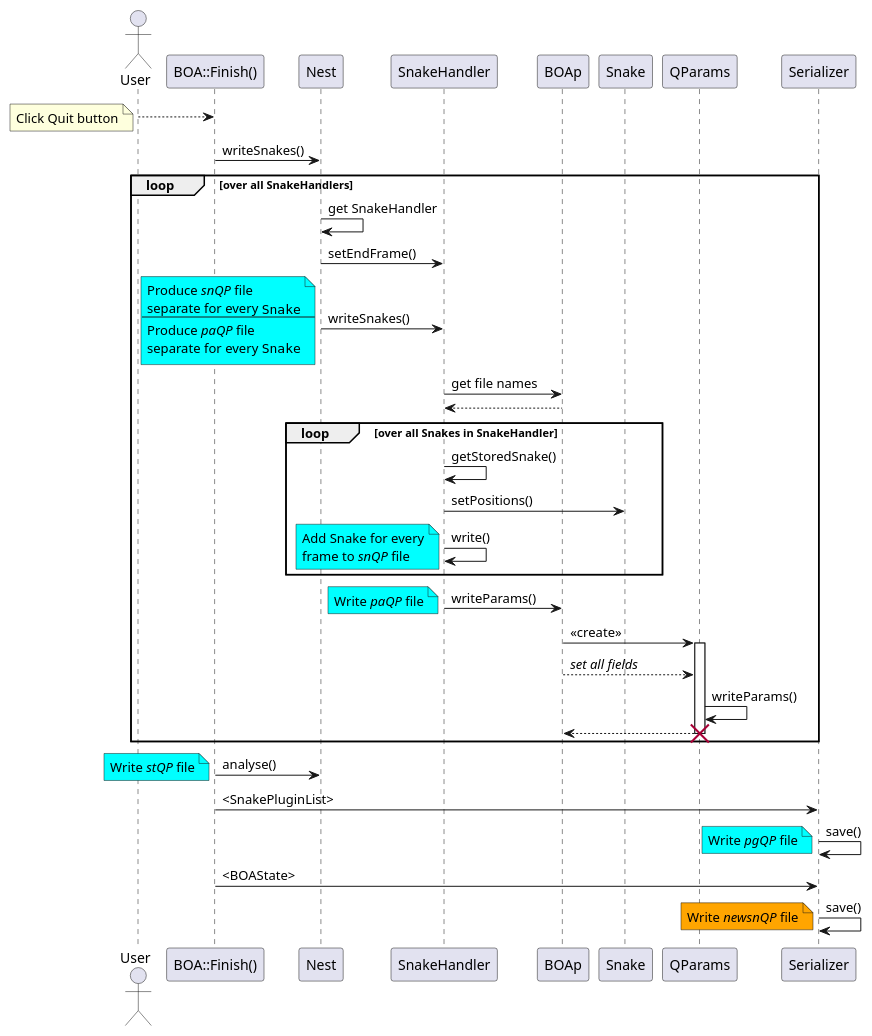
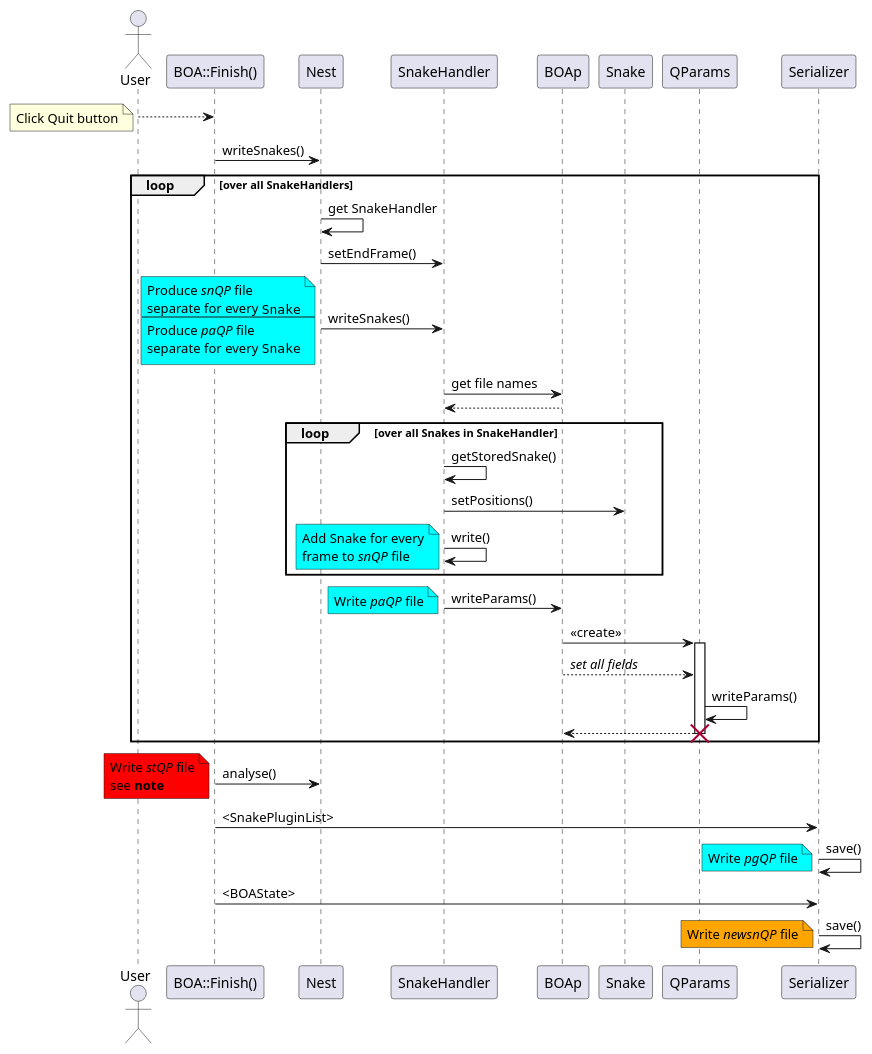
One commit to CellDynamics/QuimP changed the first of 2 diagrams in Doxygen_doc/ConfigurationHandling.md. Above: the diagram before and after it, drawn with PlantUML. The commit also changed other lines of this file and 1 other file, not shown here.

Commit message:
#116 doc and comments

```diff
--- a/Doxygen_doc/ConfigurationHandling.md
+++ b/Doxygen_doc/ConfigurationHandling.md
@@ -20,53 +20,53 @@
 @startuml
 Actor User
 participant "BOA::Finish()"
 participant Nest
 participant SnakeHandler
 participant BOAp
 participant Snake
 participant QParams
 participant Serializer
 
 User-->"BOA::Finish()"
 note left: Click Quit button
 "BOA::Finish()" -> Nest: writeSnakes()
 loop over all SnakeHandlers
 Nest -> Nest : get SnakeHandler
 Nest -> SnakeHandler : setEndFrame()
 Nest -> SnakeHandler : writeSnakes()
 note left #aqua
 Produce //snQP// file
 separate for every ""Snake""
 ---
 Produce //paQP// file
 separate for every ""Snake""
 end note
 SnakeHandler -> BOAp : get file names
 BOAp -->SnakeHandler
 loop over all Snakes in SnakeHandler
 SnakeHandler -> SnakeHandler : getStoredSnake()
 SnakeHandler -> Snake : setPositions()
 SnakeHandler -> SnakeHandler : write()
 note left #aqua
 Add Snake for every
 frame to //snQP// file
 end note
 end
 SnakeHandler -> BOAp : writeParams()
 note left #aqua : Write //paQP// file
 BOAp -> QParams : <<create>>
 activate QParams
 BOAp-->QParams : //set all fields//
 QParams -> QParams : writeParams()
 QParams --> BOAp
 destroy QParams
 end
 "BOA::Finish()" -> Nest: analyse()
-note left #aqua : Write //stQP// file
+note left #red : Write //stQP// file\nsee **note**
 "BOA::Finish()" -> Serializer : <SnakePluginList>
 Serializer -> Serializer : save()
 note left #aqua : Write //pgQP// file
 "BOA::Finish()" -> Serializer : <BOAState>
 Serializer -> Serializer : save()
 note left #orange : Write //newsnQP// file
 @enduml
```
